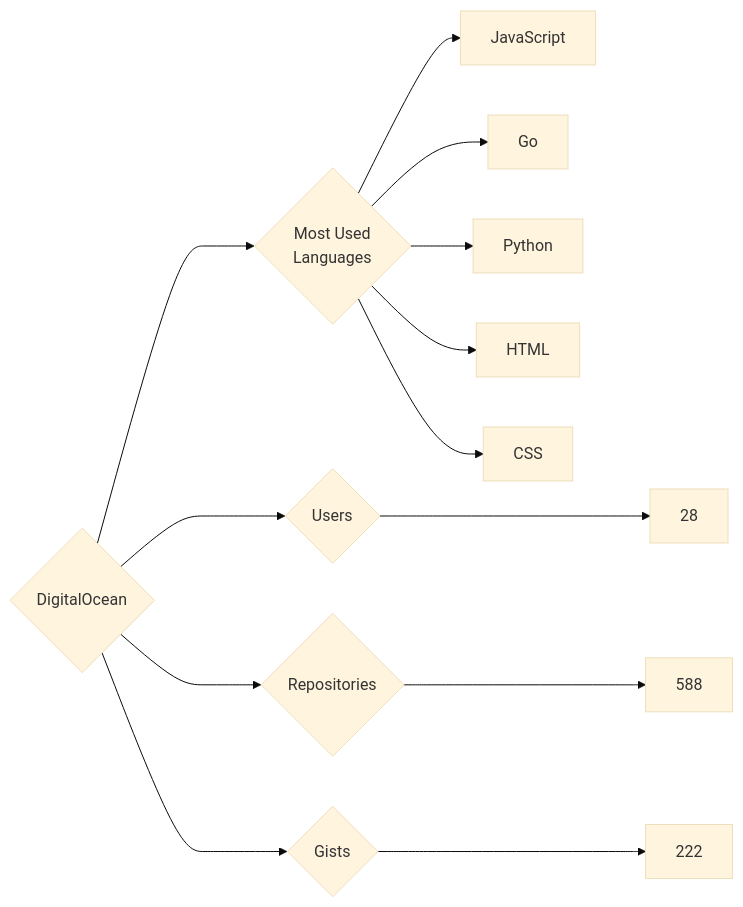
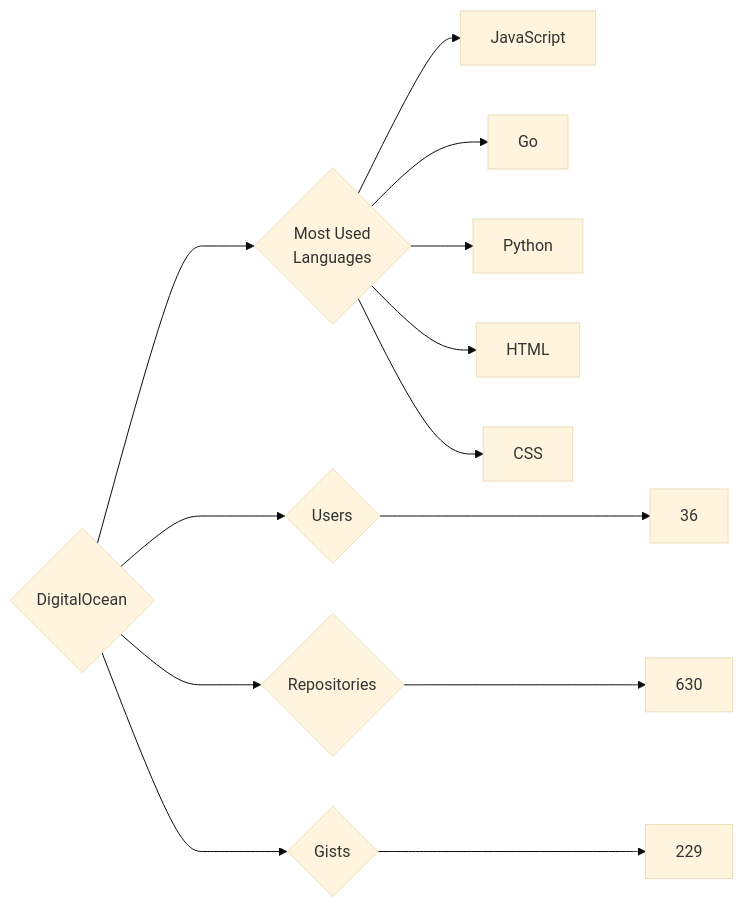
Before and after one commit to trickest/insiders: the diagram in targets/DigitalOcean/README.md, drawn with Mermaid (base theme). The commit also changed 777 other files, not shown here.

````diff
--- a/targets/DigitalOcean/README.md
+++ b/targets/DigitalOcean/README.md
@@ -3,13 +3,13 @@
 ```mermaid
 graph LR
 COMPANY_NAME{DigitalOcean}
-COMPANY_NAME ---> U{Users} ---> UN[28]
-COMPANY_NAME ---> R{Repositories} ---> RN[588]
-COMPANY_NAME ---> G{Gists} ---> GN[222]
+COMPANY_NAME ---> U{Users} ---> UN[36]
+COMPANY_NAME ---> R{Repositories} ---> RN[630]
+COMPANY_NAME ---> G{Gists} ---> GN[229]
 COMPANY_NAME ---> ML{Most Used<br>Languages}
 ML --> JavaScript[JavaScript]
 ML --> Go[Go]
 ML --> Python[Python]
 ML --> HTML[HTML]
 ML --> CSS[CSS]
 ```
````
